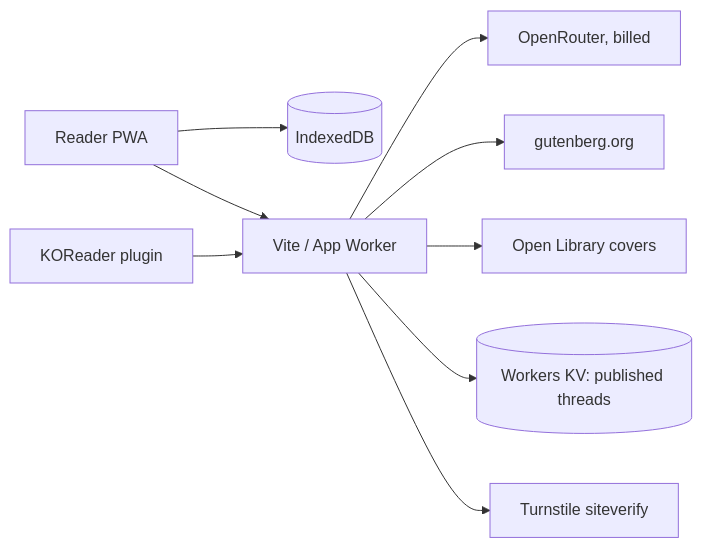
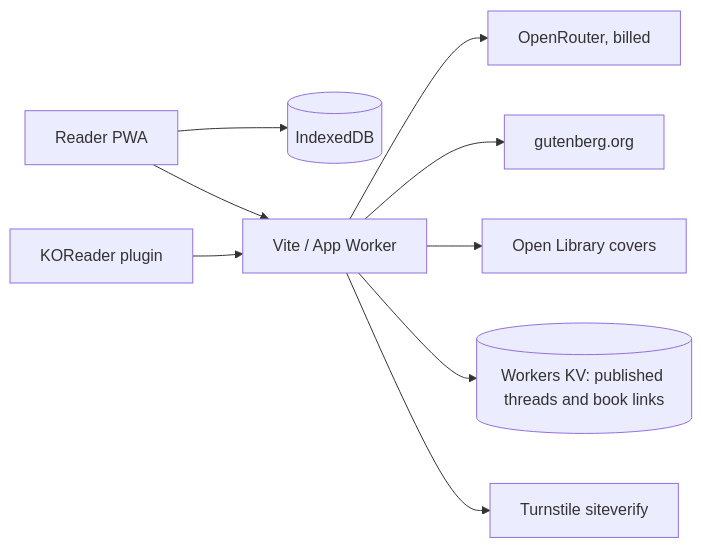
One commit to Agentic-Possible/Rami changed the diagram in docs/architecture.md. Above: the diagram before and after it, drawn with Mermaid. The commit also changed other lines of this file and 35 other files, not shown here.

````diff
--- a/docs/architecture.md
+++ b/docs/architecture.md
@@ -36,11 +37,11 @@
 ```mermaid
 flowchart LR
   PWA[Reader PWA] --> IDB[(IndexedDB)]
   PWA --> Relay[Vite / App Worker]
   KO[KOReader plugin] --> Relay
   Relay --> OR[OpenRouter, billed]
   Relay --> PG[gutenberg.org]
   Relay --> OL[Open Library covers]
-  Relay --> KV[(Workers KV: published threads)]
+  Relay --> KV[(Workers KV: published threads and book links)]
   Relay --> TS[Turnstile siteverify]
 ```
````
